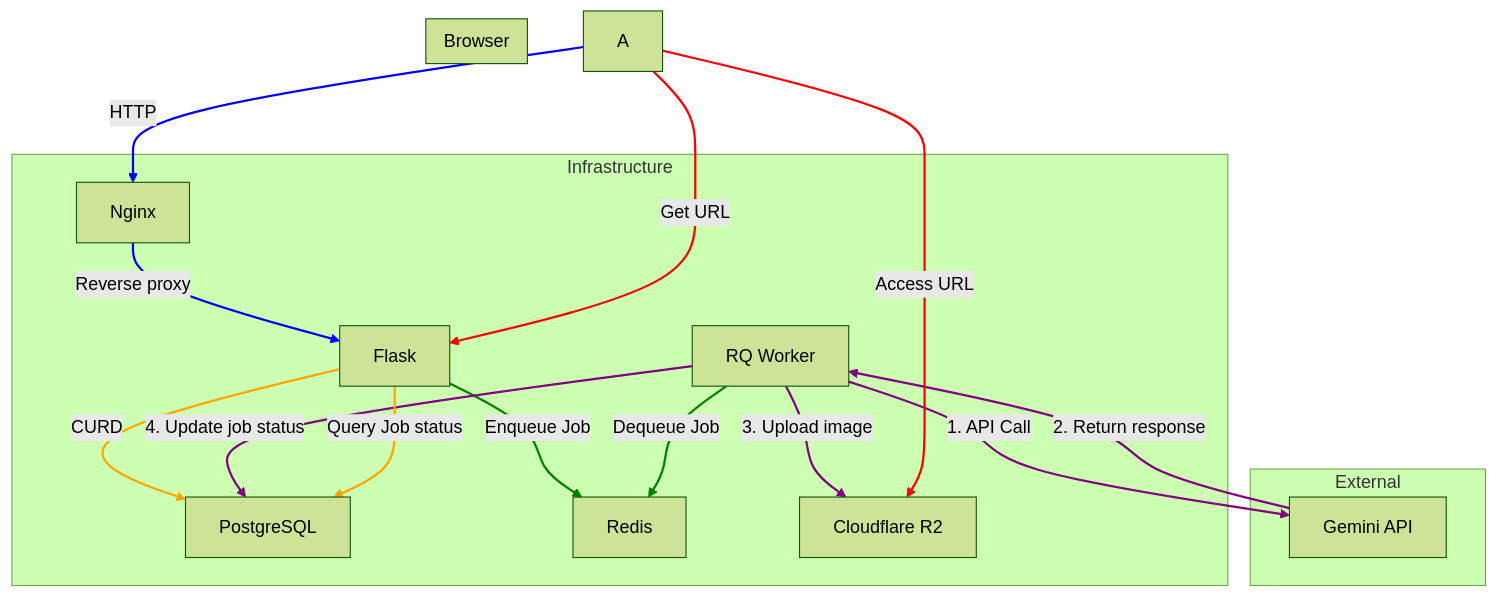
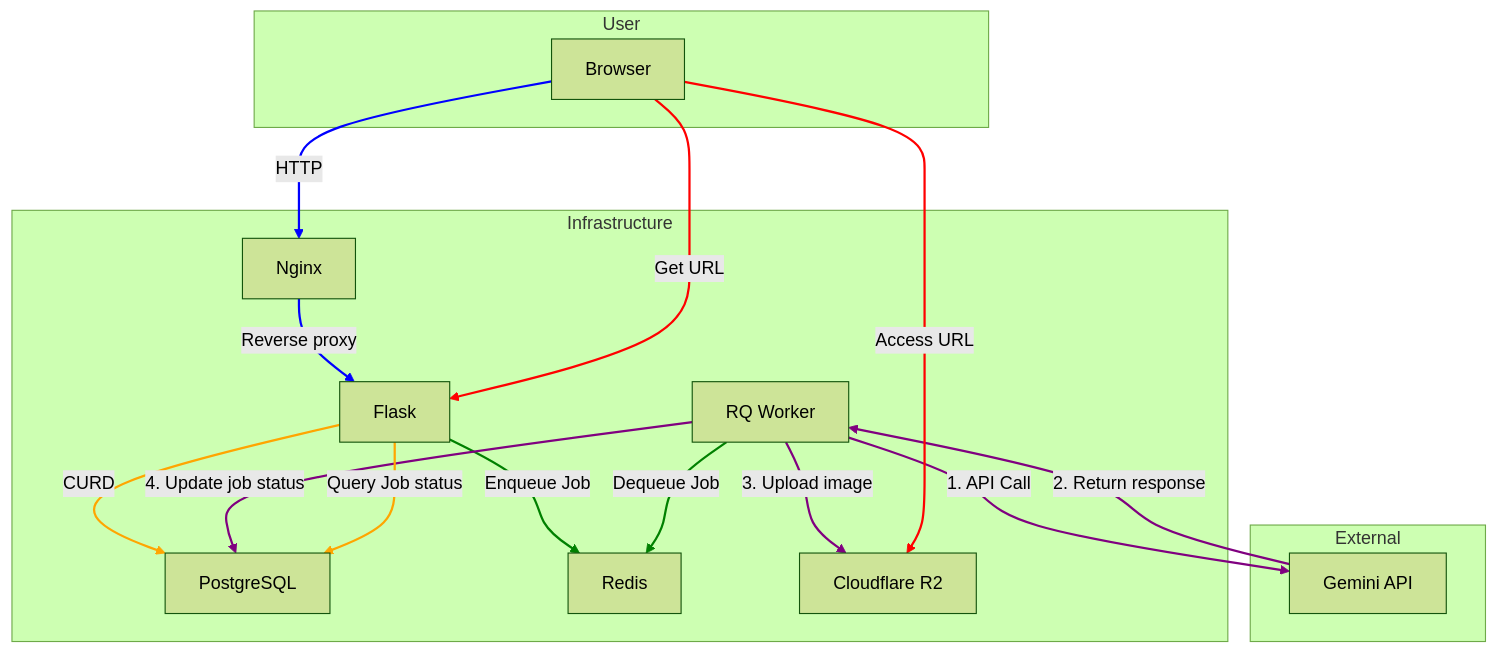
The diagram in docs/system_design.md (DanielZhang17/MangaSuperb), drawn with Mermaid (forest theme) before and after one commit.

Commit message:
修正系统架构Mermid代码

````diff
--- a/docs/system_design.md
+++ b/docs/system_design.md
@@ -7,48 +7,48 @@
 ```mermaid
 graph TD
-    subgraph User end
+    subgraph User
         A[Browser]
     end
 
     subgraph Infrastructure
         B[Nginx]
         C[Flask]
         D[PostgreSQL]
         E[Redis]
         F[RQ Worker]
         G[Cloudflare R2]
     end
 
     subgraph External
         H[Gemini API]
     end
 
     A -- HTTP --> B
     B -- Reverse proxy --> C
 
     C -- CURD --> D
     C -- Enqueue Job --> E
     F -- Dequeue Job --> E
 
     F -- 1. API Call --> H
     H -- 2. Return response --> F
     F -- 3. Upload image --> G
     F -- 4. Update job status--> D
 
     C -- Query Job status --> D
     A -- Get URL --> C
     A -- Access URL --> G
 
     linkStyle 0 stroke-width:2px,fill:none,stroke:blue;
     linkStyle 1 stroke-width:2px,fill:none,stroke:blue;
     linkStyle 2 stroke-width:2px,fill:none,stroke:orange;
     linkStyle 3 stroke-width:2px,fill:none,stroke:green;
     linkStyle 4 stroke-width:2px,fill:none,stroke:green;
     linkStyle 5 stroke-width:2px,fill:none,stroke:purple;
     linkStyle 6 stroke-width:2px,fill:none,stroke:purple;
     linkStyle 7 stroke-width:2px,fill:none,stroke:purple;
     linkStyle 8 stroke-width:2px,fill:none,stroke:purple;
     linkStyle 9 stroke-width:2px,fill:none,stroke:orange;
     linkStyle 10 stroke-width:2px,fill:none,stroke:red;
     linkStyle 11 stroke-width:2px,fill:none,stroke:red;
 ```
````
